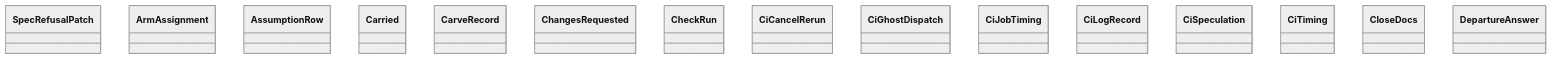
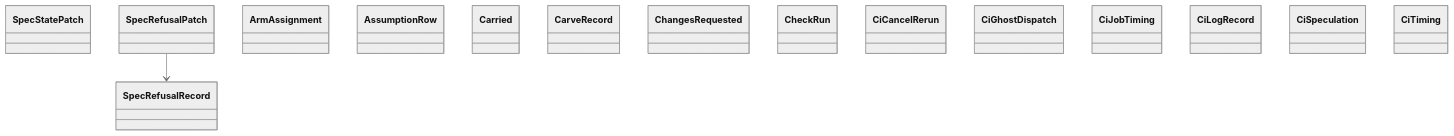
The diagram in docs/architecture/generated/classes-process-domain-state-4.md (GonzaloZevallos/agentic-system), drawn with Mermaid (neutral theme) before and after one commit. The commit also changed other lines of this file and 15 other files, not shown here.

````diff
--- a/docs/architecture/generated/classes-process-domain-state-4.md
+++ b/docs/architecture/generated/classes-process-domain-state-4.md
@@ -31,18 +31,19 @@
 ```mermaid
 classDiagram
+    class spec_delivery__SpecRefusalRecord["SpecRefusalRecord"]
+    class spec_delivery__SpecStatePatch["SpecStatePatch"]
     class spec_route__SpecRefusalPatch["SpecRefusalPatch"]
     class task__ArmAssignment["ArmAssignment"]
     class task__AssumptionRow["AssumptionRow"]
     class task__Carried["Carried"]
     class task__CarveRecord["CarveRecord"]
     class task__ChangesRequested["ChangesRequested"]
     class task__CheckRun["CheckRun"]
     class task__CiCancelRerun["CiCancelRerun"]
     class task__CiGhostDispatch["CiGhostDispatch"]
     class task__CiJobTiming["CiJobTiming"]
     class task__CiLogRecord["CiLogRecord"]
     class task__CiSpeculation["CiSpeculation"]
     class task__CiTiming["CiTiming"]
-    class task__CloseDocs["CloseDocs"]
-    class task__DepartureAnswer["DepartureAnswer"]
+    spec_route__SpecRefusalPatch --> spec_delivery__SpecRefusalRecord
 ```
````
